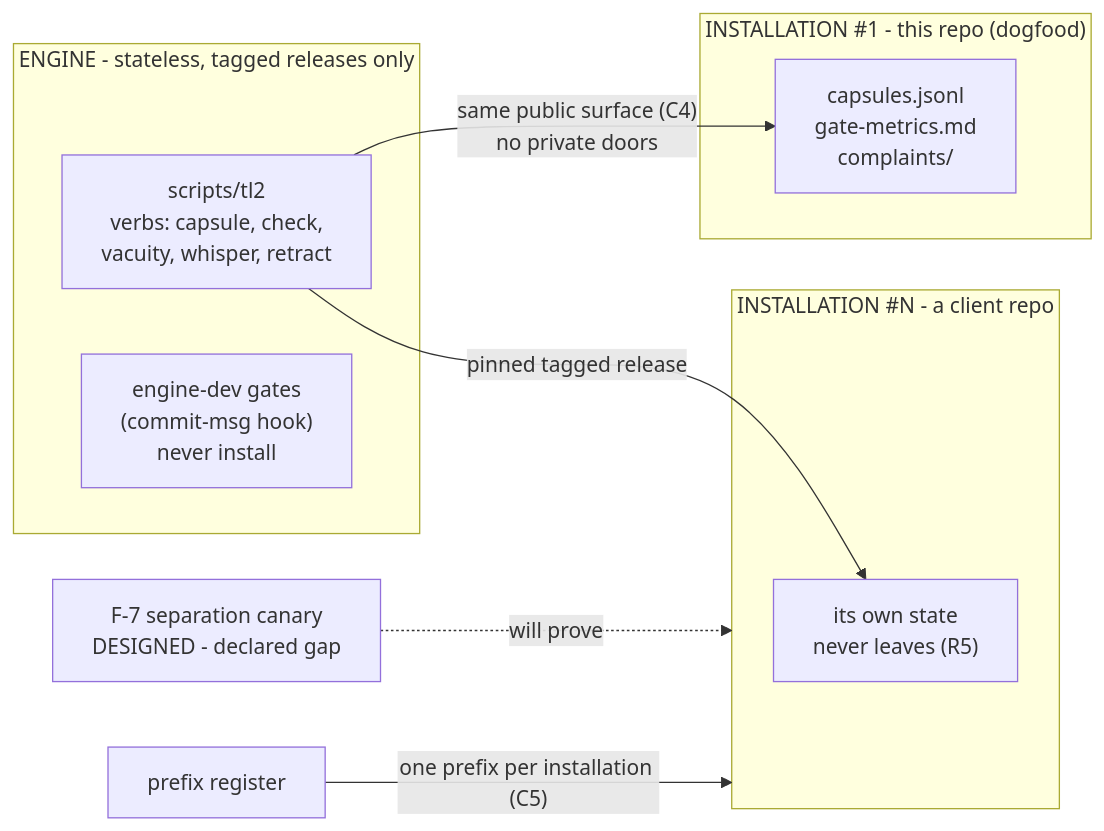
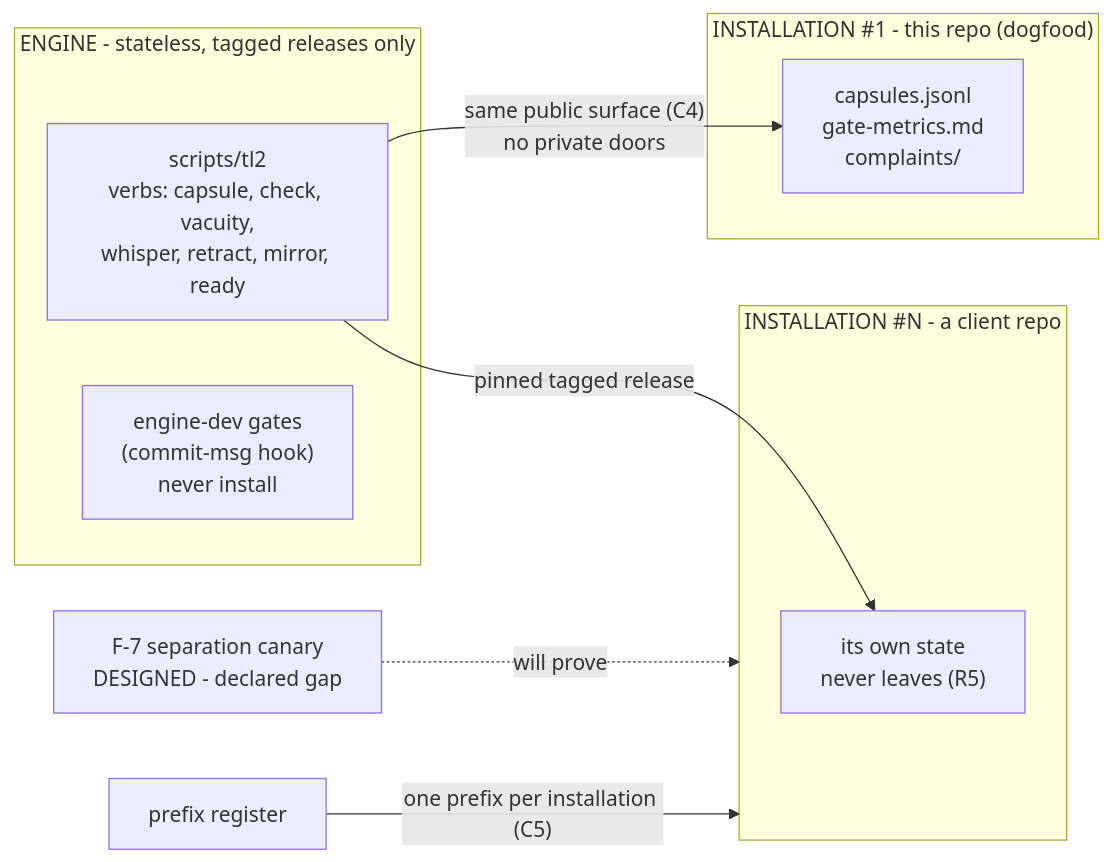
The third of 5 diagrams in docs/diagrams.md (m1981/truth-ledger2), drawn with Mermaid before and after one commit. The commit also changed 6 other files, not shown here.

First line of the commit message:
CMP-018 buys tl2 ready, CMP-005 buys tl2 mirror; the loop doctrine fixed to successor-first

````diff
--- a/docs/diagrams.md
+++ b/docs/diagrams.md
@@ -64,17 +64,17 @@
 ```mermaid
 flowchart LR
     subgraph ENGINE["ENGINE - stateless, tagged releases only"]
-        TL2["scripts/tl2<br/>verbs: capsule, check,<br/>vacuity, whisper, retract"]
+        TL2["scripts/tl2<br/>verbs: capsule, check, vacuity,<br/>whisper, retract, mirror, ready"]
         DEVGATES["engine-dev gates<br/>(commit-msg hook)<br/>never install"]
     end
     subgraph INST1["INSTALLATION #1 - this repo (dogfood)"]
         S1["capsules.jsonl<br/>gate-metrics.md<br/>complaints/"]
     end
     subgraph INSTN["INSTALLATION #N - a client repo"]
         SN["its own state<br/>never leaves (R5)"]
     end
     TL2 -- "same public surface (C4)<br/>no private doors" --> S1
     TL2 -- "pinned tagged release" --> SN
     SEP["F-7 separation canary<br/>DESIGNED - declared gap"] -.->|"will prove"| INSTN
     PREFIX["prefix register"] -- "one prefix per installation (C5)" --> INSTN
 ```
````
